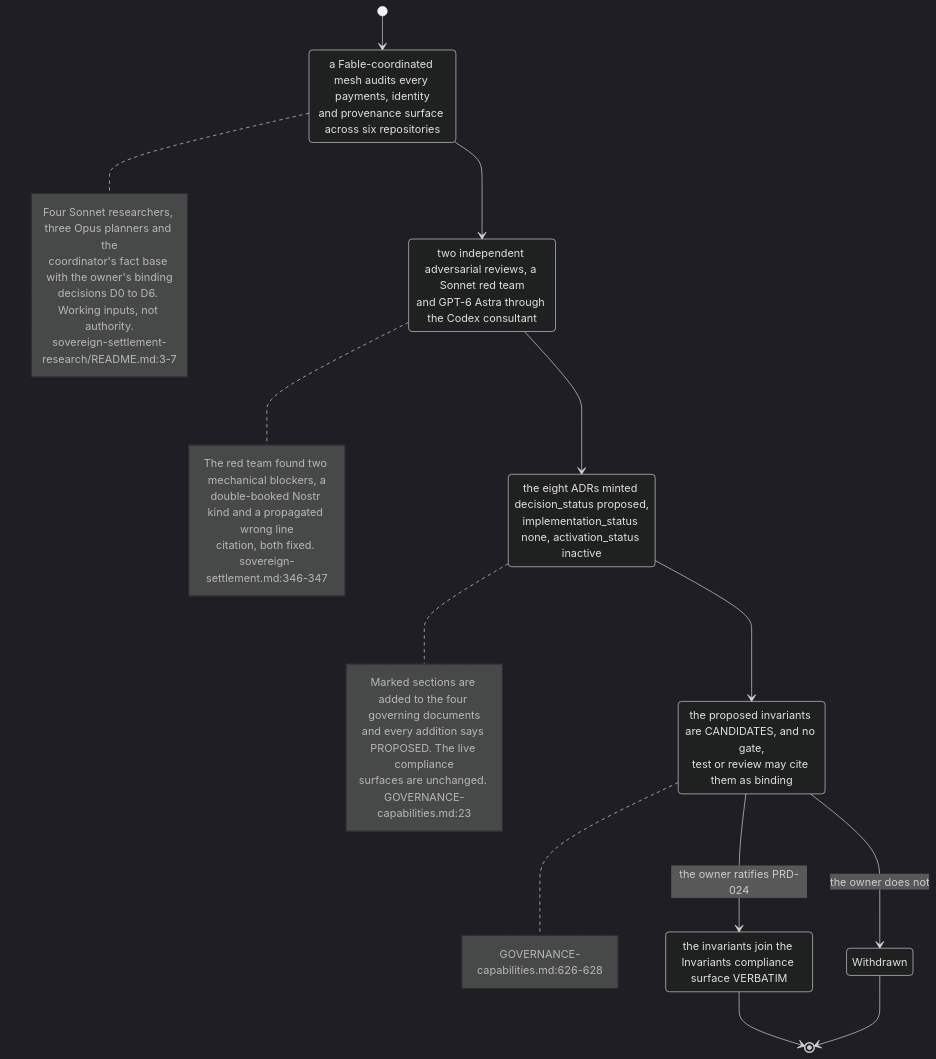
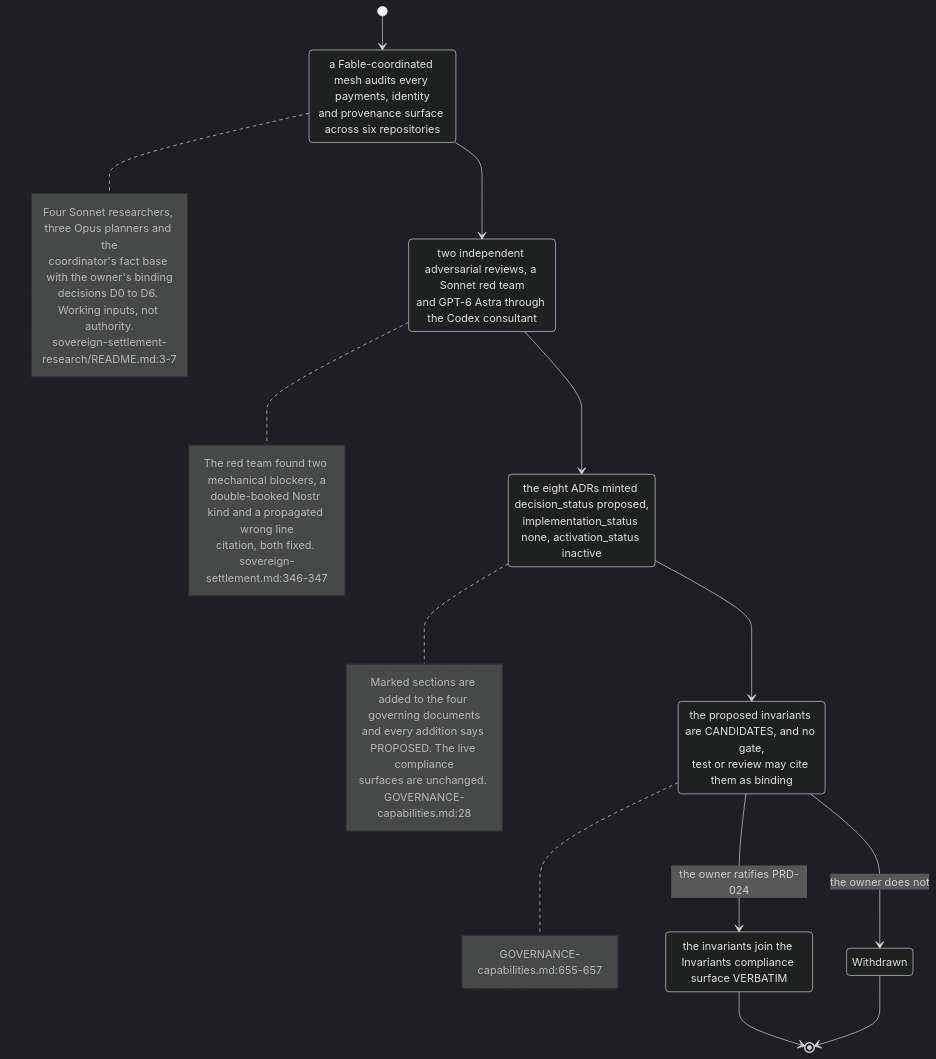
The second of 7 diagrams in docs/diagrams/agentbox/31-sovereign-settlement.md (DreamLab-AI/VisionFlow), drawn with Mermaid (dark theme) before and after one commit. The commit also changed other lines of this file and 14 other files, not shown here.

Commit message:
docs: align settlement, daemon and dated health diagrams

````diff
--- a/docs/diagrams/agentbox/31-sovereign-settlement.md
+++ b/docs/diagrams/agentbox/31-sovereign-settlement.md
@@ -94,35 +94,35 @@
 ```mermaid
 stateDiagram-v2
     [*] --> Researched
     Researched: a Fable-coordinated mesh audits every payments, identity<br/>and provenance surface across six repositories
     note right of Researched
         Four Sonnet researchers, three Opus planners and the
         coordinator's fact base with the owner's binding
         decisions D0 to D6. Working inputs, not authority.
         sovereign-settlement-research/README.md:3-7
     end note
     Researched --> Reviewed
     Reviewed: two independent adversarial reviews, a Sonnet red team<br/>and GPT-6 Astra through the Codex consultant
     note right of Reviewed
         The red team found two mechanical blockers, a
         double-booked Nostr kind and a propagated wrong line
         citation, both fixed. sovereign-settlement.md:346-347
     end note
     Reviewed --> Proposed
     Proposed: the eight ADRs minted decision_status proposed,<br/>implementation_status none, activation_status inactive
     note right of Proposed
         Marked sections are added to the four governing documents
         and every addition says PROPOSED. The live compliance
-        surfaces are unchanged. GOVERNANCE-capabilities.md:23
+        surfaces are unchanged. GOVERNANCE-capabilities.md:28
     end note
     Proposed --> Candidate
     Candidate: the proposed invariants are CANDIDATES, and no gate,<br/>test or review may cite them as binding
     note right of Candidate
-        GOVERNANCE-capabilities.md:626-628
+        GOVERNANCE-capabilities.md:655-657
     end note
     Candidate --> Ratified : the owner ratifies PRD-024
     Candidate --> Withdrawn : the owner does not
     Ratified: the invariants join the Invariants compliance surface VERBATIM
     Ratified --> [*]
     Withdrawn --> [*]
 ```
````
